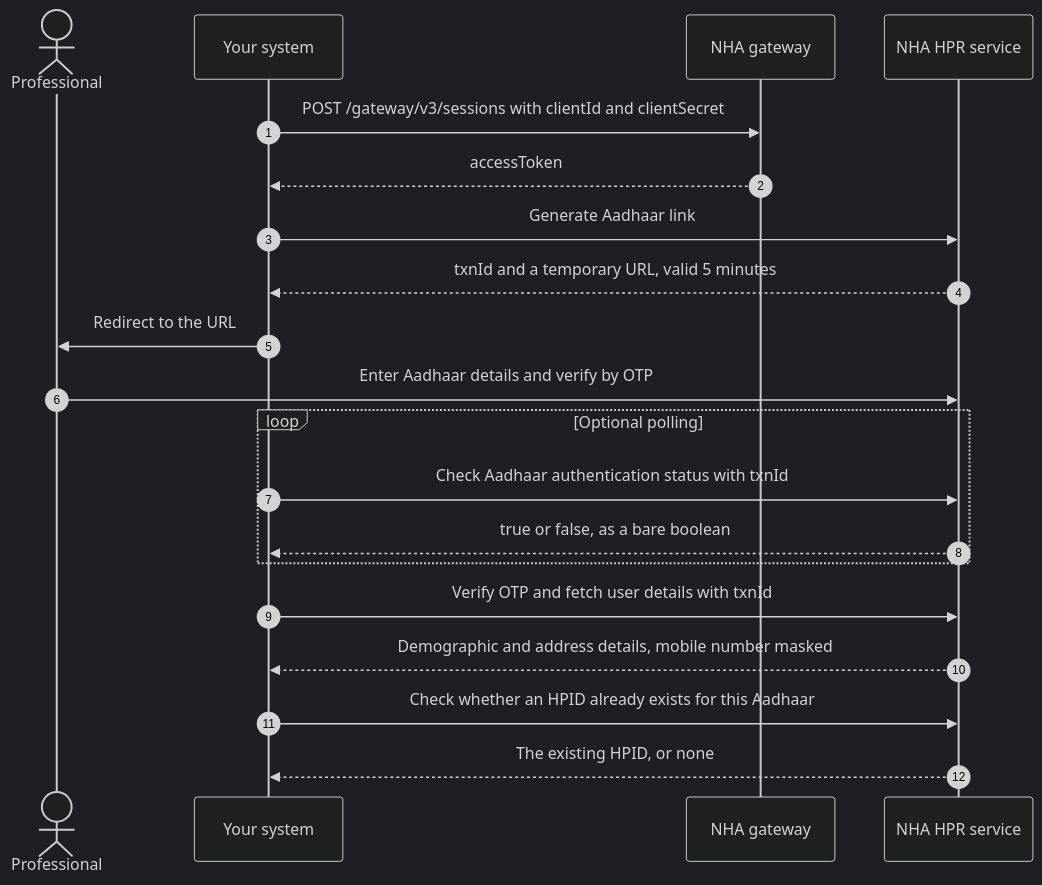
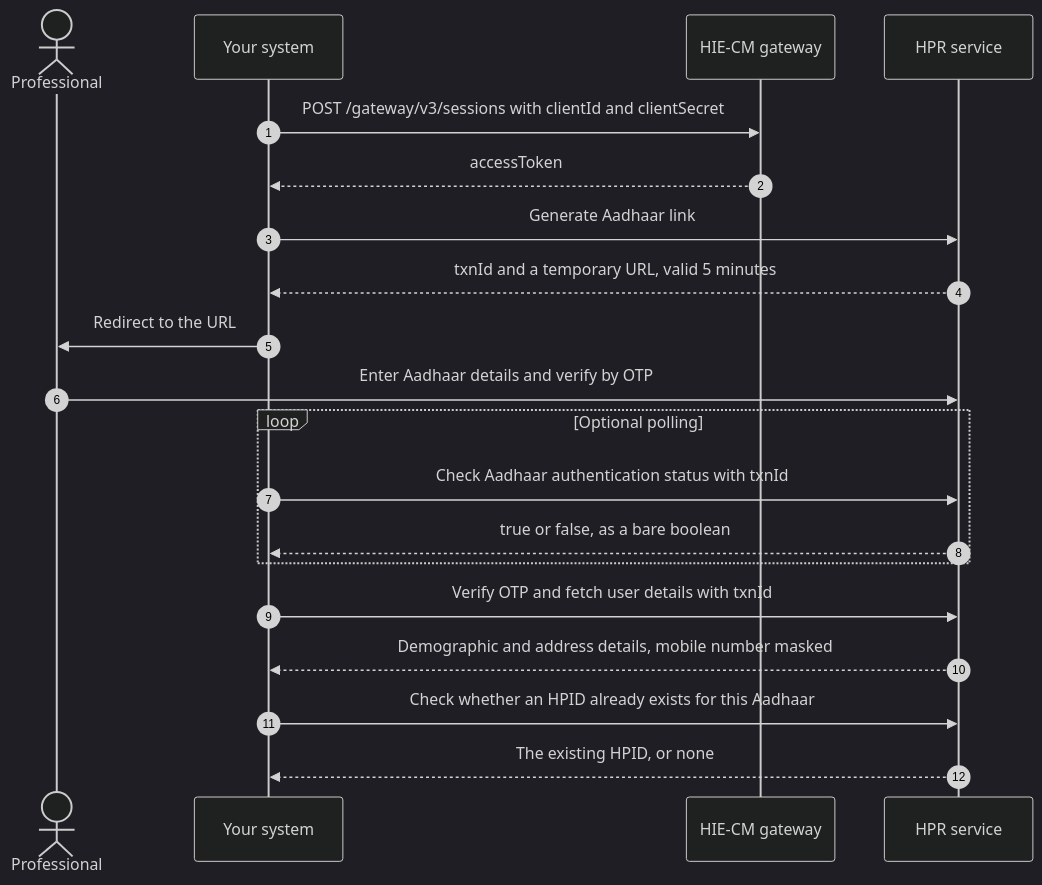
One commit to nha-in/docs changed the first of 6 diagrams in site/docs/hiecm/v3/milestones/m4.mdx. Above: the diagram before and after it, drawn with Mermaid (dark theme). The commit also changed other lines of this file and 42 other files, not shown here.

````diff
--- a/site/docs/hiecm/v3/milestones/m4.mdx
+++ b/site/docs/hiecm/v3/milestones/m4.mdx
@@ -98,23 +98,23 @@
 ```mermaid
 sequenceDiagram
     autonumber
     actor P as Professional
     participant S as Your system
-    participant G as NHA gateway
-    participant H as NHA HPR service
+    participant G as HIE-CM gateway
+    participant H as HPR service
 
     S->>G: POST /gateway/v3/sessions with clientId and clientSecret
     G-->>S: accessToken
     S->>H: Generate Aadhaar link
     H-->>S: txnId and a temporary URL, valid 5 minutes
     S->>P: Redirect to the URL
     P->>H: Enter Aadhaar details and verify by OTP
     loop Optional polling
         S->>H: Check Aadhaar authentication status with txnId
         H-->>S: true or false, as a bare boolean
     end
     S->>H: Verify OTP and fetch user details with txnId
     H-->>S: Demographic and address details, mobile number masked
     S->>H: Check whether an HPID already exists for this Aadhaar
     H-->>S: The existing HPID, or none
 ```
````
